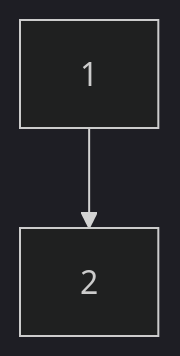
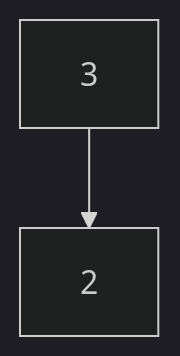
Before and after one commit to ssebastien/markdown_test: the diagram in test/2.md, drawn with Mermaid (dark theme).

````diff
--- a/test/2.md
+++ b/test/2.md
@@ -6,4 +6,4 @@
 ```mermaid
 graph TD;
-    1-->2
+    3-->2
 ```
````
